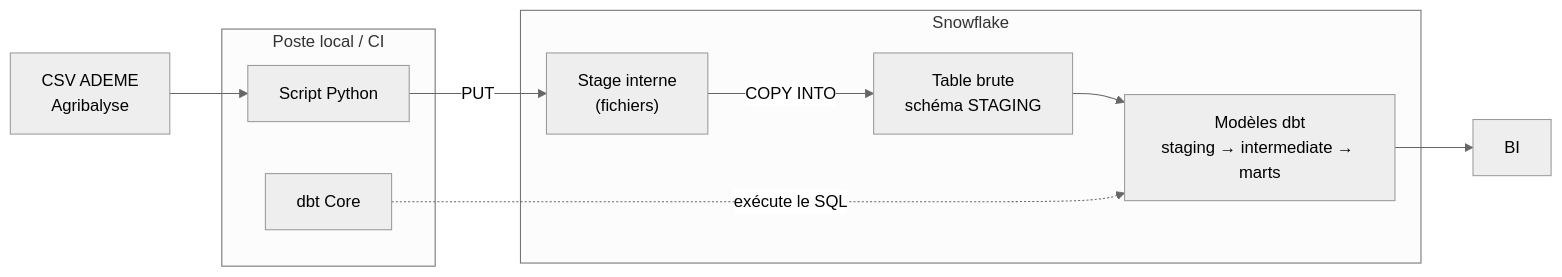
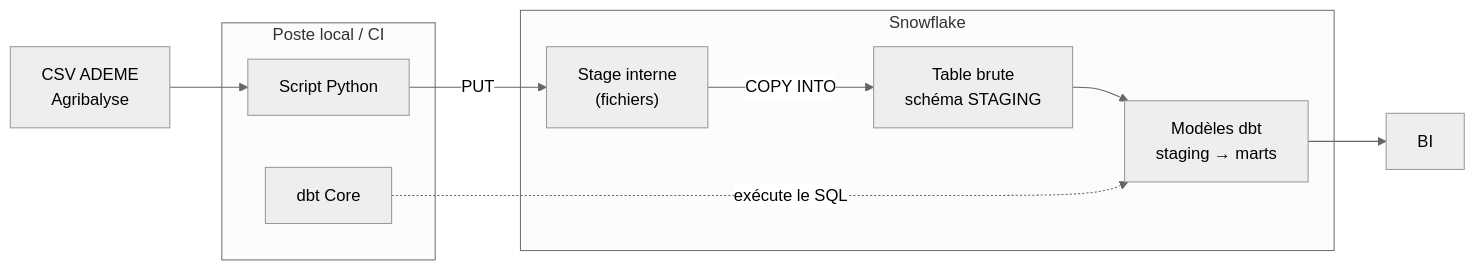
The second of 2 diagrams in README.md (valentino014/agribalyse), drawn with Mermaid (neutral theme) before and after one commit. The commit also changed other lines of this file and 4 other files, not shown here.

````diff
--- a/README.md
+++ b/README.md
@@ -58,24 +179,24 @@
 ```mermaid
 flowchart LR
     A["CSV ADEME<br/>Agribalyse"]
 
     subgraph LOCAL["Poste local / CI"]
         B["Script Python"]
         F["dbt Core"]
     end
 
     subgraph SF["Snowflake"]
         C["Stage interne<br/>(fichiers)"]
         E["Table brute<br/>schéma STAGING"]
-        G["Modèles dbt<br/>staging → intermediate → marts"]
+        G["Modèles dbt<br/>staging → marts"]
     end
 
     H["BI"]
 
     A --> B
     B -->|PUT| C
     C -->|COPY INTO| E
     E --> G
     F -.->|exécute le SQL| G
     G --> H
 ```
````
